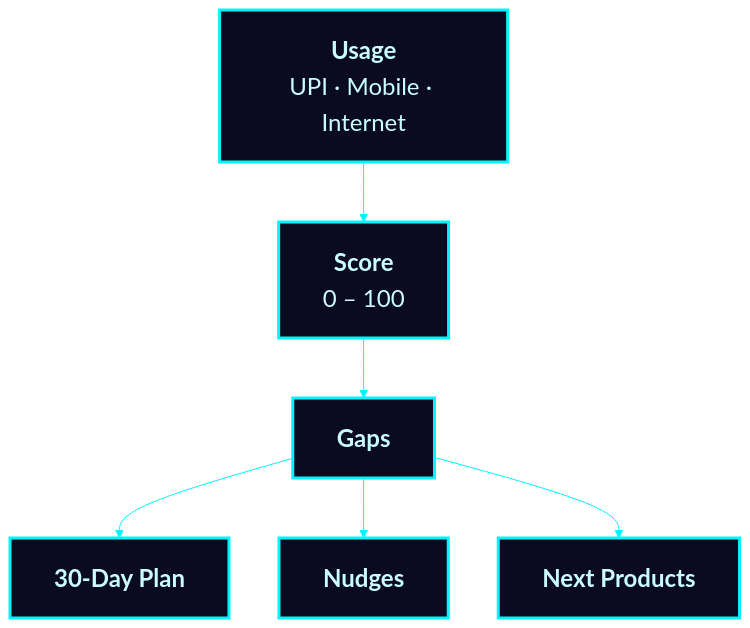
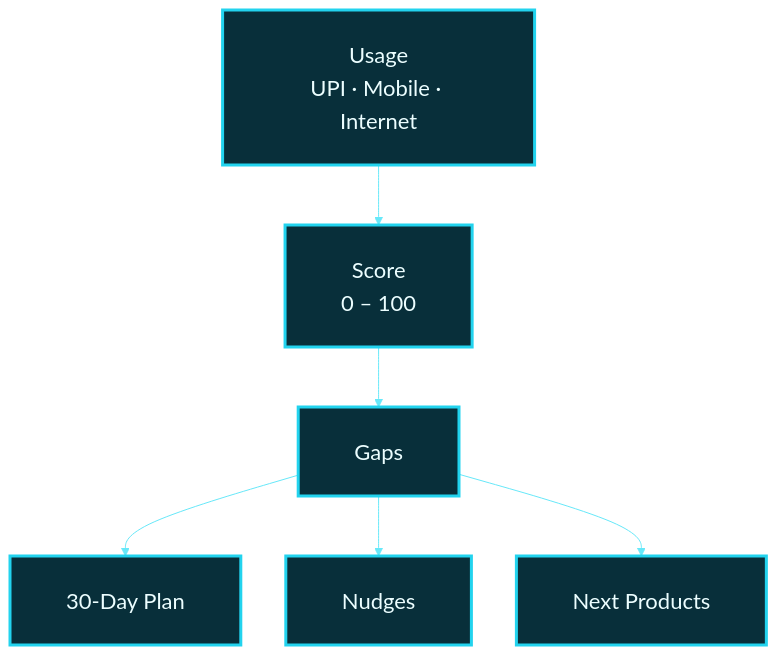
Before and after one commit to Mansi232323/MANSHORA: the ninth of 13 diagrams in README.md, drawn with Mermaid. The commit also changed other lines of this file, not shown here.

````diff
--- a/README.md
+++ b/README.md
@@ -331,10 +336,10 @@
 ```mermaid
-%%{init: {'theme':'base','themeVariables':{'fontSize':'24px','lineColor':'#00f5ff','clusterBkg':'#0b0b1f','clusterBorder':'#ff00e5','titleColor':'#ff00e5','edgeLabelBackground':'#0b0b1f'},'flowchart':{'nodeSpacing':50,'rankSpacing':60,'padding':22,'htmlLabels':true}}}%%
+%%{init: {'theme':'base','themeVariables':{'fontSize':'22px','fontFamily':'Arial, Helvetica, sans-serif','lineColor':'#67e8f9','clusterBkg':'#0f0f2b','clusterBorder':'#a78bfa','titleColor':'#e9d5ff','edgeLabelBackground':'#0f0f2b'},'flowchart':{'nodeSpacing':45,'rankSpacing':60,'padding':28,'htmlLabels':false,'useMaxWidth':true}}}%%
 flowchart TB
-    U["<b>Usage</b><br/>UPI · Mobile · Internet"] --> S["<b>Score</b><br/>0 – 100"] --> G["<b>Gaps</b>"]
-    G --> P["<b>30-Day Plan</b>"]
-    G --> N["<b>Nudges</b>"]
-    G --> X["<b>Next Products</b>"]
-    classDef a fill:#0b0b1f,stroke:#00f5ff,stroke-width:3px,color:#c9fdff
+    U["Usage<br/>UPI · Mobile · Internet"] --> S["Score<br/>0 – 100"] --> G["Gaps"]
+    G --> P["30-Day Plan"]
+    G --> N["Nudges"]
+    G --> X["Next Products"]
+    classDef a fill:#082f3a,stroke:#22d3ee,stroke-width:3px,color:#ecfeff
     class U,S,G,P,N,X a
 ```
````
